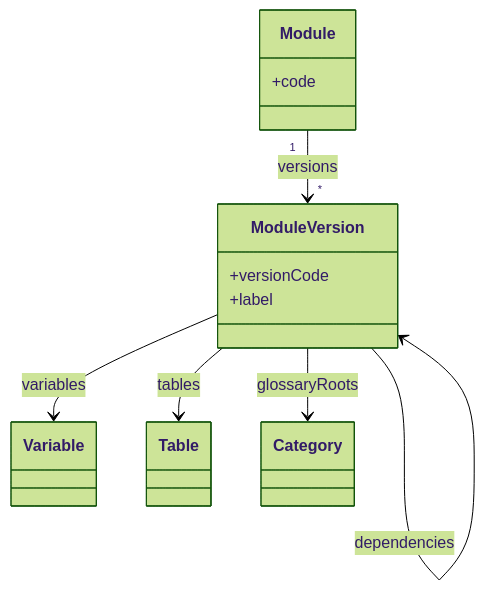
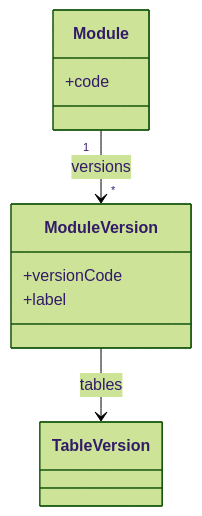
The second of 5 diagrams in docs/models-relationships/04_versioning_and_extensibility/01_versioning_overview.md (sdmx-twg/wp-sdmx-dpm), drawn with Mermaid (forest theme) before and after one commit. The commit also changed other lines of this file and 11 other files, not shown here.

````diff
--- a/docs/models-relationships/04_versioning_and_extensibility/01_versioning_overview.md
+++ b/docs/models-relationships/04_versioning_and_extensibility/01_versioning_overview.md
@@ -92,15 +93,12 @@
 ```mermaid
 classDiagram
     class Module {
       +code
     }
     class ModuleVersion {
       +versionCode
       +label
     }
     Module "1" --> "*" ModuleVersion : versions
-    ModuleVersion --> Variable : variables
-    ModuleVersion --> Table : tables
-    ModuleVersion --> Category : glossaryRoots
-    ModuleVersion --> ModuleVersion : dependencies
+    ModuleVersion --> TableVersion : tables
 ```
````
